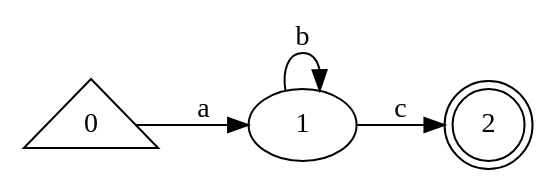
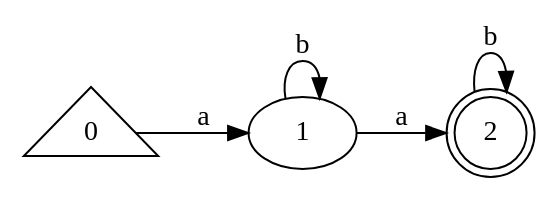
One commit to guillermoSb/UVG_Compis1_Lab changed the diagram in automaton.gv. Above: the diagram before and after it, drawn with Graphviz. The commit also changed 2 other files, not shown here.

```diff
--- a/automaton.gv
+++ b/automaton.gv
@@ -1,9 +1,10 @@
 digraph {
 	graph [rankdir=LR]
 	0 [shape=triangle]
 	1
 	2 [shape=doublecircle]
 	0 -> 1 [label=a]
-	1 -> 2 [label=c]
+	1 -> 2 [label=a]
 	1 -> 1 [label=b]
+	2 -> 2 [label=b]
 }
```
